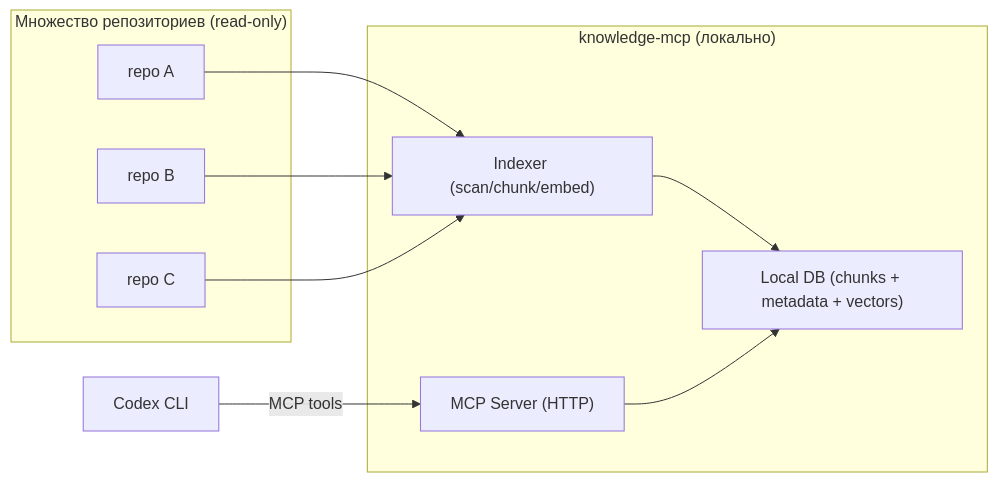
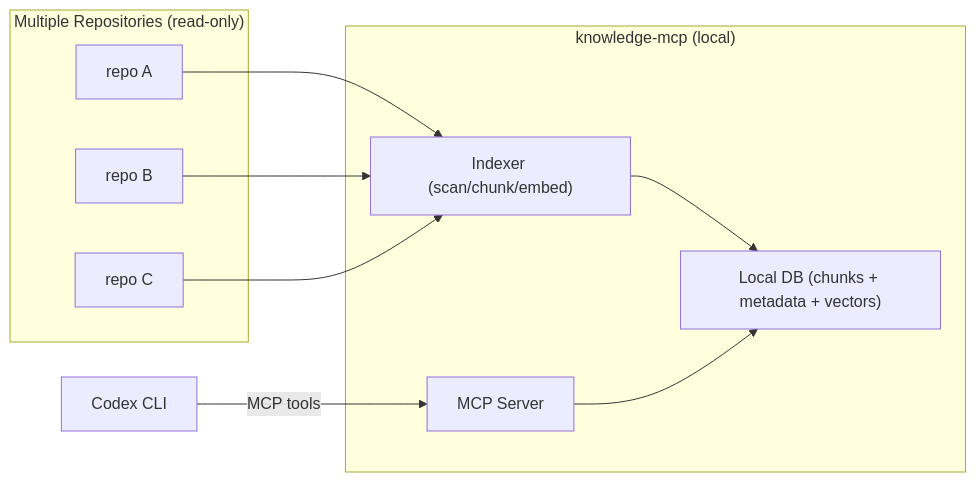
The diagram in docs/adr-001-local-mcp-rag-knowledge-base.md (PaulTheSecond/knowlagebase-mcp), drawn with Mermaid before and after one commit. The commit also changed other lines of this file and 4 other files, not shown here.

````diff
--- a/docs/adr-001-local-mcp-rag-knowledge-base.md
+++ b/docs/adr-001-local-mcp-rag-knowledge-base.md
@@ -122,21 +118,21 @@
 ```mermaid
 flowchart LR
-  subgraph Repos["Множество репозиториев (read-only)"]
+  subgraph Repos["Multiple Repositories (read-only)"]
     R1["repo A"]
     R2["repo B"]
     R3["repo C"]
   end
 
-  subgraph KMCP["knowledge-mcp (локально)"]
+  subgraph KMCP["knowledge-mcp (local)"]
     IDX["Indexer (scan/chunk/embed)"]
     DB["Local DB (chunks + metadata + vectors)"]
-    API["MCP Server (HTTP)"]
+    API["MCP Server"]
   end
 
   Codex["Codex CLI"] -->|MCP tools| API
   R1 --> IDX
   R2 --> IDX
   R3 --> IDX
   IDX --> DB
   API --> DB
 ```
````
